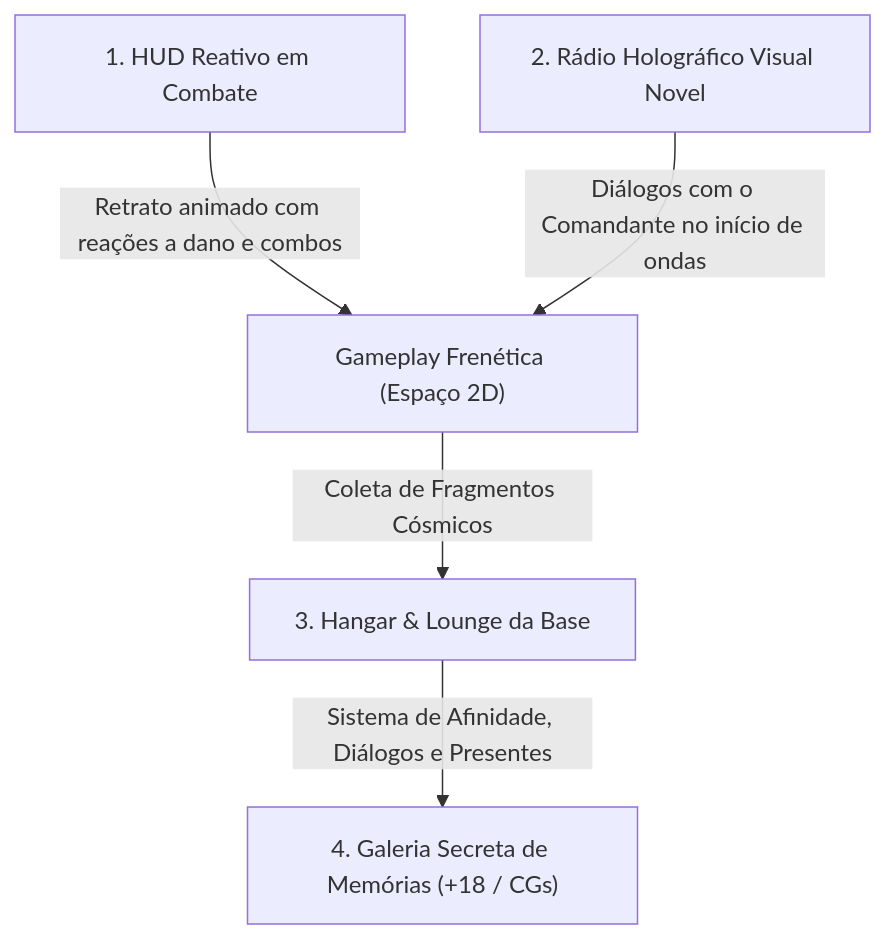
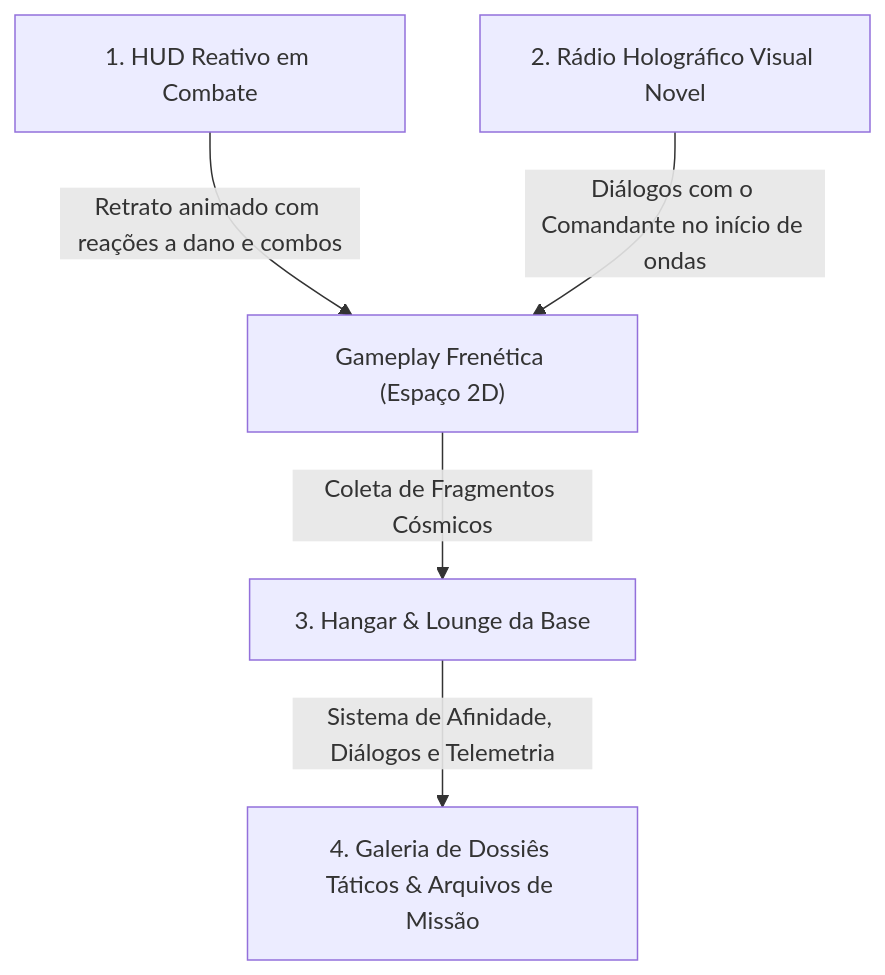
One commit to momarinho/astra-valkyries changed the diagram in docs/CHARACTER_AND_ART_PIPELINE.md. Above: the diagram before and after it, drawn with Mermaid. The commit also changed other lines of this file and 52 other files, not shown here.

Commit message:
refactor: sanitize project for open-source showcase, replace ecchi with tactical dossiers & enhance Zero-GC architecture

````diff
--- a/docs/CHARACTER_AND_ART_PIPELINE.md
+++ b/docs/CHARACTER_AND_ART_PIPELINE.md
@@ -38,7 +37,7 @@
 ```mermaid
 graph TD
     A["1. HUD Reativo em Combate"] -->|Retrato animado com reações a dano e combos| Gameplay["Gameplay Frenética (Espaço 2D)"]
     B["2. Rádio Holográfico Visual Novel"] -->|Diálogos com o Comandante no início de ondas| Gameplay
     Gameplay -->|Coleta de Fragmentos Cósmicos| C["3. Hangar & Lounge da Base"]
-    C -->|Sistema de Afinidade, Diálogos e Presentes| D["4. Galeria Secreta de Memórias (+18 / CGs)"]
+    C -->|Sistema de Afinidade, Diálogos e Telemetria| D["4. Galeria de Dossiês Táticos & Arquivos de Missão"]
 ```
````
